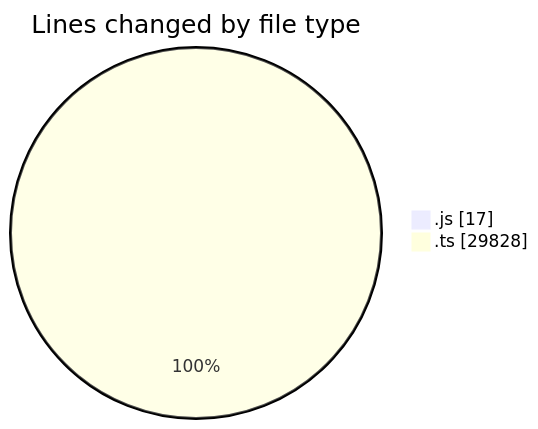
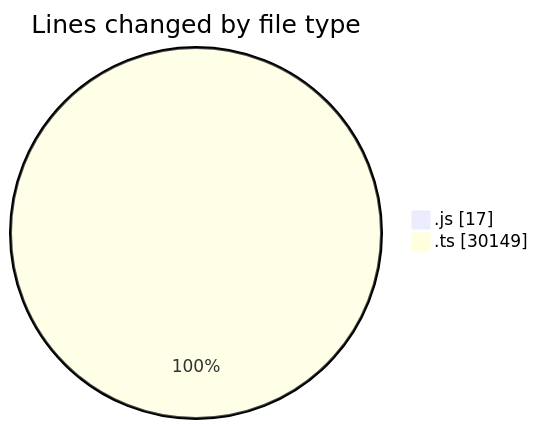
Before and after one commit to momahboobian/code-tracking: the first of 2 diagrams in 2026-07-27/cda/README.md, drawn with Mermaid. The commit also changed other lines of this file and 1 other file, not shown here.

````diff
--- a/2026-07-27/cda/README.md
+++ b/2026-07-27/cda/README.md
@@ -24,6 +25,6 @@
 ```mermaid
 pie showData
 title Lines changed by file type
 ".js" : 17
-".ts" : 29828
+".ts" : 30149
 ```
````
